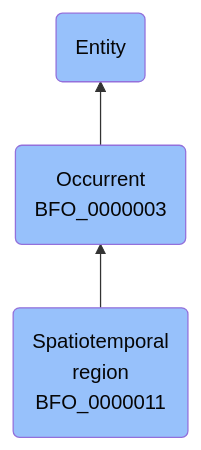
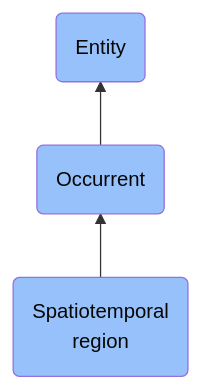
Before and after one commit to jupyter-naas/abi: the diagram in docs/ontology/reference/model/Entity/Occurrent/Spatiotemporal region/Spatiotemporal region.md, drawn with Mermaid. The commit also changed other lines of this file and 1430 other files, not shown here.

````diff
--- a/docs/ontology/reference/model/Entity/Occurrent/Spatiotemporal region/Spatiotemporal region.md
+++ b/docs/ontology/reference/model/Entity/Occurrent/Spatiotemporal region/Spatiotemporal region.md
@@ -24,10 +24,10 @@
 ```mermaid
 graph BT
-    BFO_0000011(Spatiotemporal<br>region<br>BFO_0000011):::BFO-->BFO_0000003
-    BFO_0000003(Occurrent<br>BFO_0000003):::BFO-->BFO_0000001
+    BFO_0000011(Spatiotemporal<br>region):::BFO-->BFO_0000003
+    BFO_0000003(Occurrent):::BFO-->BFO_0000001
     BFO_0000001(Entity):::BFO
     
     classDef BFO fill:#97c1fb,color:#060606
     classDef CCO fill:#e4c51e,color:#060606
     classDef ABI fill:#48DD82,color:#060606
 ```
````
